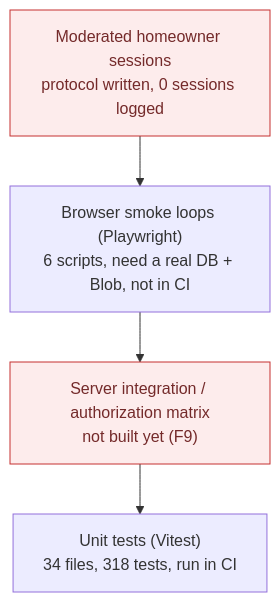
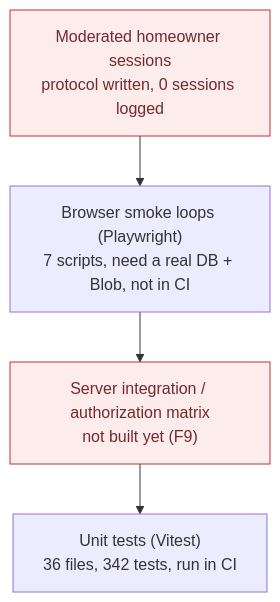
One commit to hypnoticdata777/turnflow-home changed the first of 2 diagrams in docs/06-testing/test-strategy.md. Above: the diagram before and after it, drawn with Mermaid. The commit also changed other lines of this file and 19 other files, not shown here.

````diff
--- a/docs/06-testing/test-strategy.md
+++ b/docs/06-testing/test-strategy.md
@@ -9,9 +9,9 @@
 ```mermaid
 flowchart TD
   M["Moderated homeowner sessions<br/>protocol written, 0 sessions logged"]:::gap
-  S["Browser smoke loops (Playwright)<br/>6 scripts, need a real DB + Blob, not in CI"]
+  S["Browser smoke loops (Playwright)<br/>7 scripts, need a real DB + Blob, not in CI"]
   I["Server integration / authorization matrix<br/>not built yet (F9)"]:::gap
-  U["Unit tests (Vitest)<br/>34 files, 318 tests, run in CI"]
+  U["Unit tests (Vitest)<br/>36 files, 342 tests, run in CI"]
   M --> S --> I --> U
   classDef gap fill:#fdecec,stroke:#c53030,color:#742a2a
 ```
````
